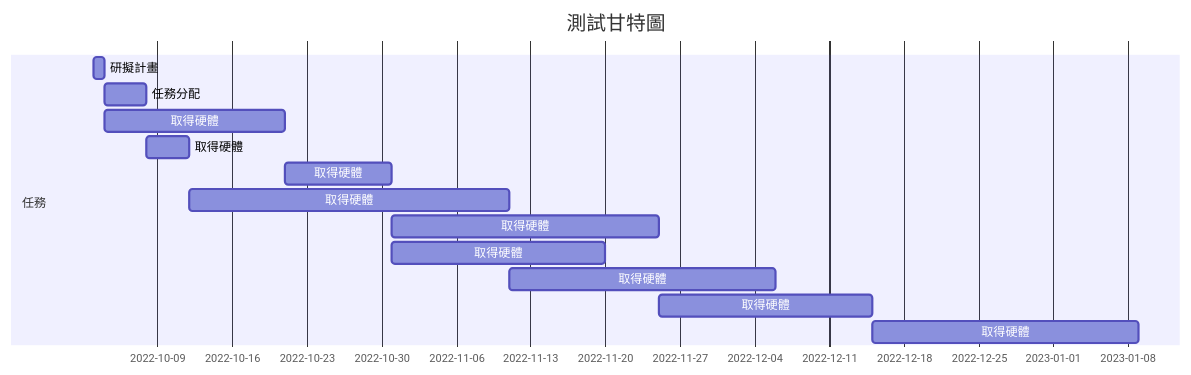
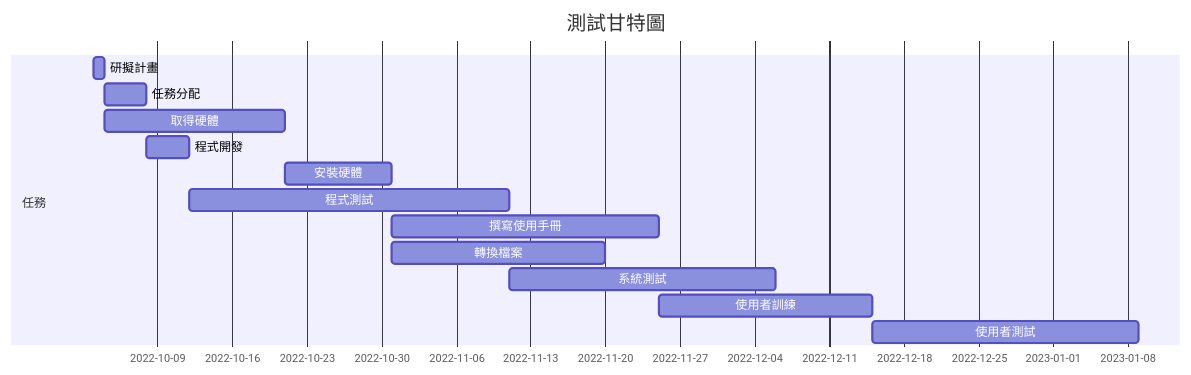
The first of 2 diagrams in hw2.md (MoRedChen/2022-3a), drawn with Mermaid before and after one commit. The commit also changed other lines of this file, not shown here.

````diff
--- a/hw2.md
+++ b/hw2.md
@@ -20,17 +20,17 @@
 ```mermaid
 gantt
     title 測試甘特圖
 
     section 任務
     研擬計畫 :a1, 2022-10-03, 1d
     任務分配 :a2, after a1, 4d
     取得硬體 :a3, after a1, 17d
-    取得硬體 :a4, after a2, 4d
-    取得硬體 :a5, after a3, 10d
-    取得硬體 :a6, after a4, 30d
-    取得硬體 :a7, after a5, 25d
-    取得硬體 :a8, after a5, 20d
-    取得硬體 :a9, after a6, 25d
-    取得硬體 :a10, after a7, 20d
-    取得硬體 :a11, after a10, 25d
+    程式開發 :a4, after a2, 4d
+    安裝硬體 :a5, after a3, 10d
+    程式測試 :a6, after a4, 30d
+    撰寫使用手冊 :a7, after a5, 25d
+    轉換檔案 :a8, after a5, 20d
+    系統測試 :a9, after a6, 25d
+    使用者訓練 :a10, after a7, 20d
+    使用者測試 :a11, after a10, 25d
 ```
````
